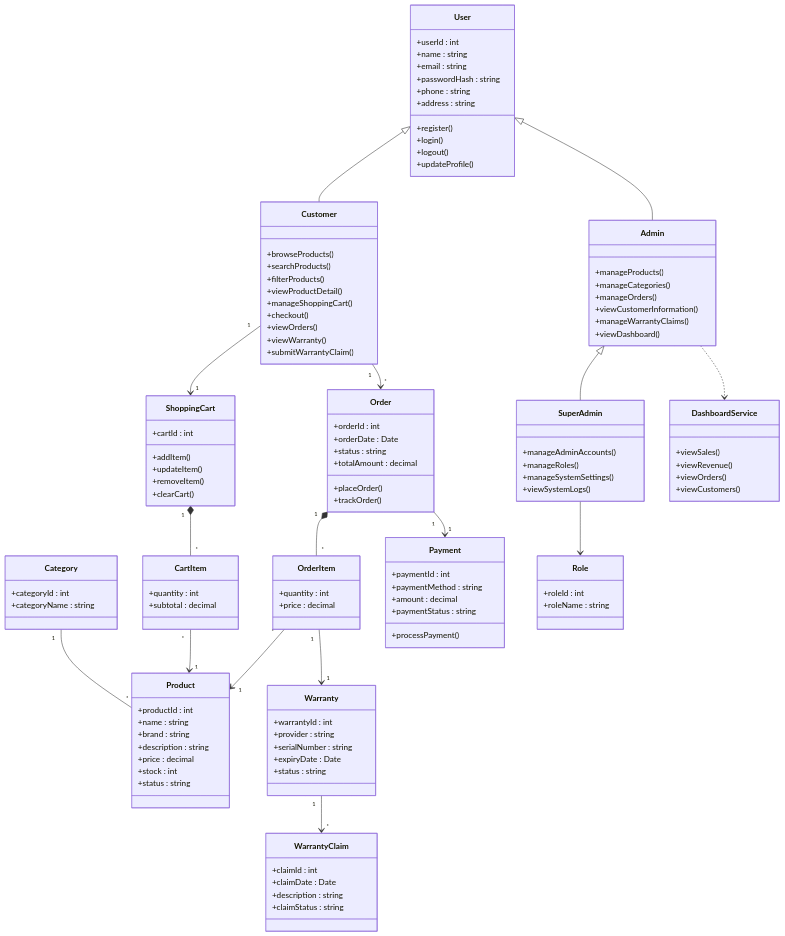
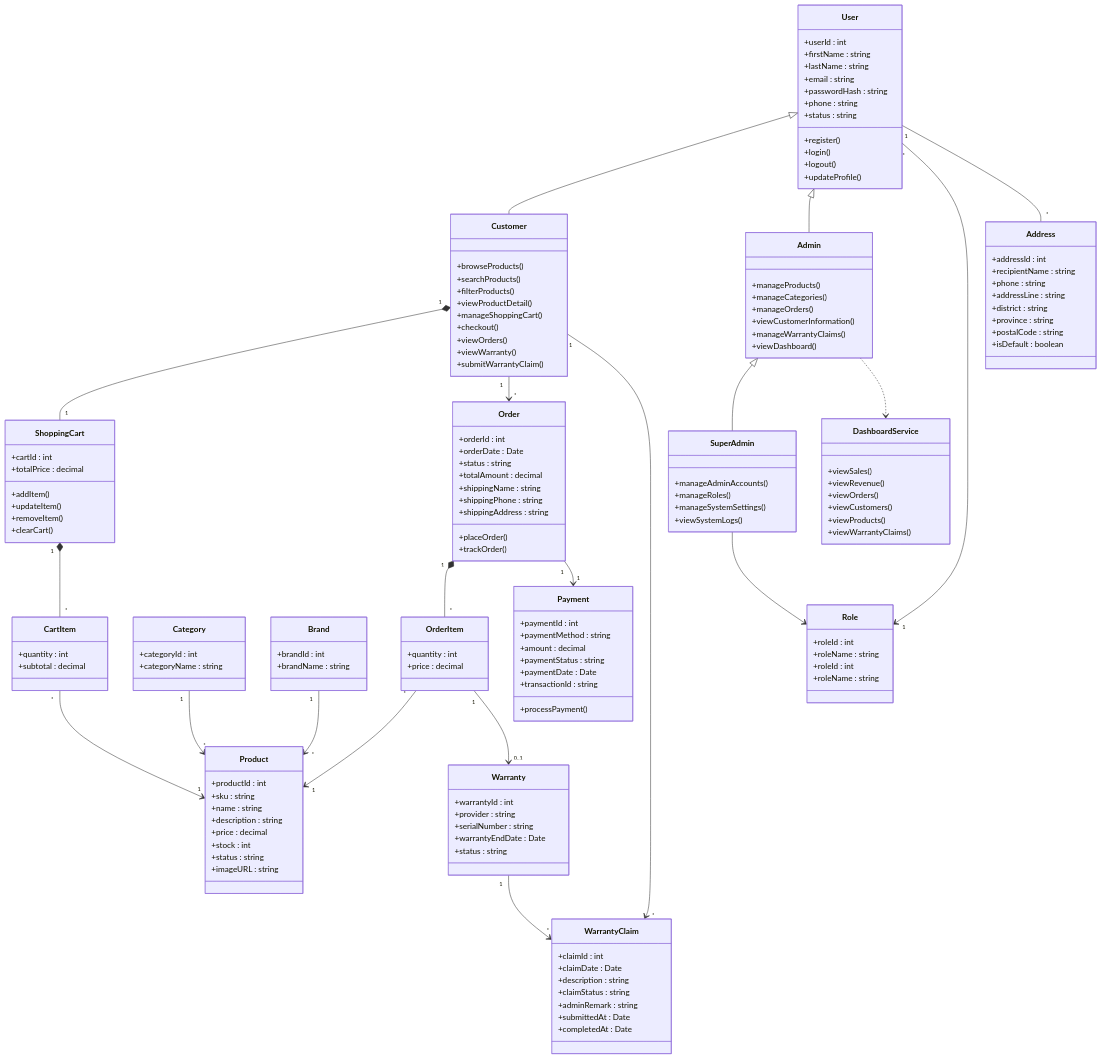
One commit to rachapoomthu-max/WorkShop changed the second of 7 diagrams in docs/03-System-Design.md. Above: the diagram before and after it, drawn with Mermaid. The commit also changed 6 other files, not shown here.

````diff
--- a/docs/03-System-Design.md
+++ b/docs/03-System-Design.md
@@ -79,17 +79,18 @@
 ```mermaid
 classDiagram
 
-%% =================================
-%% USER
-%% =================================
+%% =====================================================
+%% USER MANAGEMENT
+%% =====================================================
 
 class User{
 +userId : int
-+name : string
++firstName : string
++lastName : string
 +email : string
 +passwordHash : string
 +phone : string
-+address : string
++status : string
 
 +register()
 +login()
@@ -106,9 +107,11 @@
 +manageShoppingCart()
 
 +checkout()
+
 +viewOrders()
 
 +viewWarranty()
+
 +submitWarrantyClaim()
 }
 
@@ -132,38 +135,71 @@
 User <|-- Admin
 Admin <|-- SuperAdmin
 
-%% =================================
+%% =====================================================
+%% ROLE
+%% =====================================================
+
+class Role{
++roleId : int
++roleName : string
+}
+
+User "*" --> "1" Role
+
+%% =====================================================
+%% ADDRESS
+%% =====================================================
+
+class Address{
++addressId : int
++recipientName : string
++phone : string
++addressLine : string
++district : string
++province : string
++postalCode : string
++isDefault : boolean
+}
+
+User "1" -- "*" Address
+
+%% =====================================================
 %% PRODUCT
-%% =================================
+%% =====================================================
 
 class Product{
-
 +productId : int
++sku : string
 +name : string
-+brand : string
 +description : string
 +price : decimal
 +stock : int
 +status : string
-
++imageURL : string
 }
 
 class Category{
-
 +categoryId : int
 +categoryName : string
-
 }
 
-Category "1" -- "*" Product
+class Brand{
++brandId : int
++brandName : string
+}
 
-%% =================================
+Category "1" --> "*" Product
+Brand "1" --> "*" Product
+
+%% =====================================================
 %% SHOPPING CART
-%% =================================
+%% =====================================================
 
 class ShoppingCart{
 
 +cartId : int
+
++totalPrice : decimal
 
 +addItem()
 
@@ -183,15 +219,15 @@
 
 }
 
-Customer "1" --> "1" ShoppingCart
+Customer "1" *-- "1" ShoppingCart
 
 ShoppingCart "1" *-- "*" CartItem
 
 CartItem "*" --> "1" Product
 
-%% =================================
+%% =====================================================
 %% ORDER
-%% =================================
+%% =====================================================
 
 class Order{
 
@@ -202,6 +238,12 @@
 +status : string
 
 +totalAmount : decimal
+
++shippingName : string
+
++shippingPhone : string
+
++shippingAddress : string
 
 +placeOrder()
 
@@ -223,9 +265,9 @@
 
 OrderItem "*" --> "1" Product
 
-%% =================================
+%% =====================================================
 %% PAYMENT
-%% =================================
+%% =====================================================
 
 class Payment{
 
@@ -237,22 +279,30 @@
 
 +paymentStatus : string
 
++paymentDate : Date
+
++transactionId : string
+
 +processPayment()
 
 }
 
 Order "1" --> "1" Payment
 
-%% =================================
+%% =====================================================
 %% WARRANTY
-%% =================================
+%% =====================================================
 
 class Warranty{
 
 +warrantyId : int
+
 +provider : string
+
 +serialNumber : string
-+expiryDate : Date
+
++warrantyEndDate : Date
+
 +status : string
 
 }
@@ -260,26 +310,44 @@
 class WarrantyClaim{
 
 +claimId : int
+
 +claimDate : Date
+
 +description : string
+
 +claimStatus : string
+
++adminRemark : string
+
++submittedAt : Date
+
++completedAt : Date
 
 }
 
-OrderItem "1" --> "1" Warranty
+OrderItem "1" --> "0..1" Warranty
 
 Warranty "1" --> "*" WarrantyClaim
 
-%% =================================
-%% DASHBOARD SERVICE
-%% =================================
+Customer "1" --> "*" WarrantyClaim
+
+%% =====================================================
+%% DASHBOARD
+%% =====================================================
 
 class DashboardService{
 
 +viewSales()
+
 +viewRevenue()
+
 +viewOrders()
+
 +viewCustomers()
+
++viewProducts()
+
++viewWarrantyClaims()
 
 }
 
````
